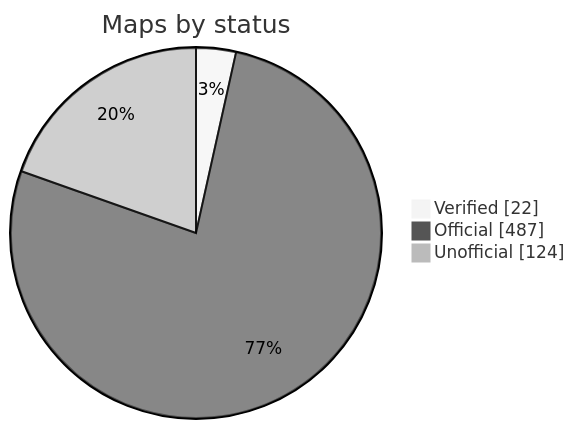
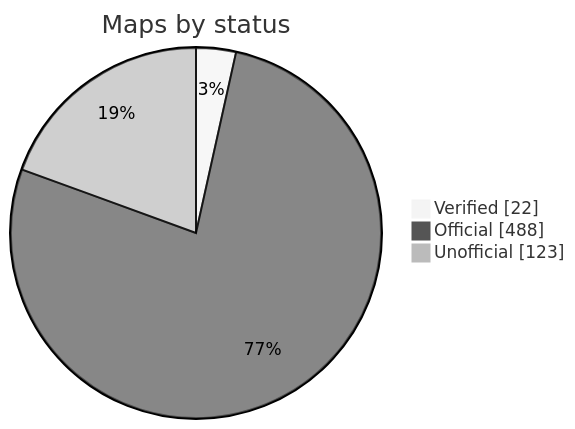
The diagram in README.md (nobrega8/mbmap-library), drawn with Mermaid (neutral theme) before and after one commit. The commit also changed 6 other files, not shown here.

````diff
--- a/README.md
+++ b/README.md
@@ -52,7 +52,7 @@
 ```mermaid
 pie showData
     title Maps by status
     "Verified" : 22
-    "Official" : 487
-    "Unofficial" : 124
+    "Official" : 488
+    "Unofficial" : 123
 ```
````
